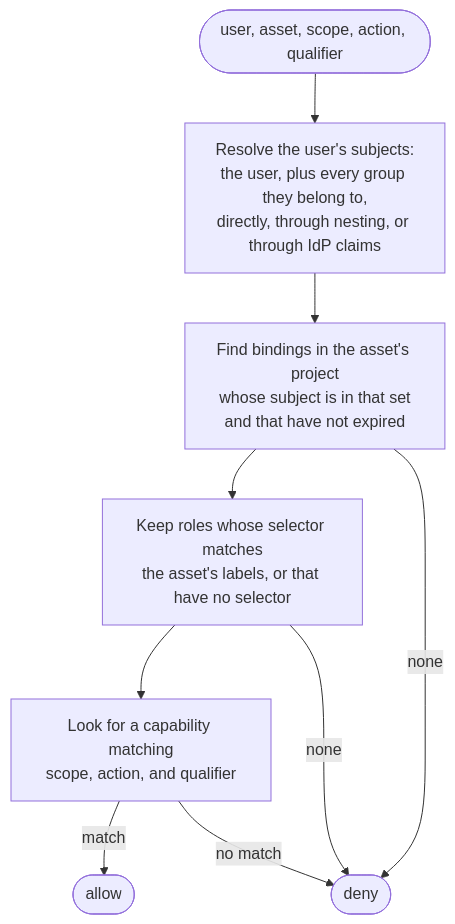
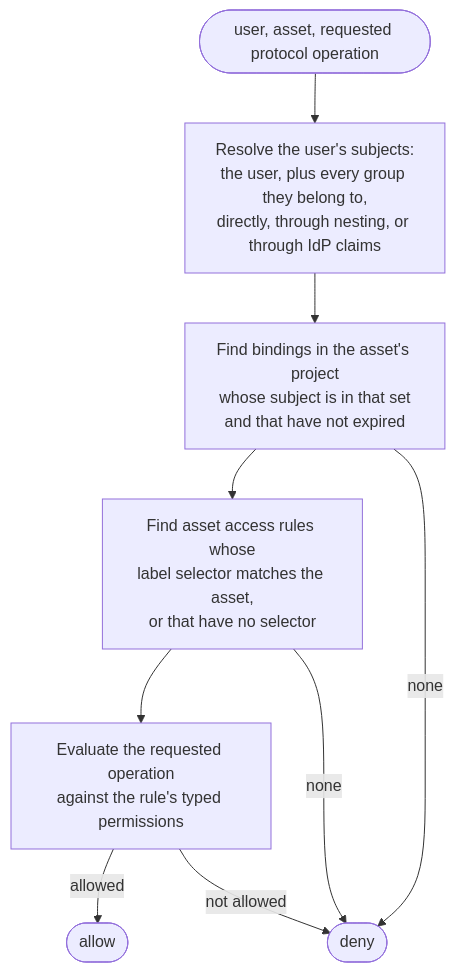
Before and after one commit to tidegate-dev/enhancements: the third of 3 diagrams in teps/0003-data-model/README.md, drawn with Mermaid. The commit also changed other lines of this file, not shown here.

Commit message:
chore: rework text so we emphasize that roles are well structured specs not the loose capability model

````diff
--- a/teps/0003-data-model/README.md
+++ b/teps/0003-data-model/README.md
@@ -298,15 +315,15 @@
 ```mermaid
 flowchart TB
-    start(["user, asset, scope, action, qualifier"])
+    start(["user, asset, requested protocol operation"])
     subjects["Resolve the user's subjects:<br>the user, plus every group they belong to,<br>directly, through nesting, or through IdP claims"]
     bindings["Find bindings in the asset's project<br>whose subject is in that set<br>and that have not expired"]
-    roles["Keep roles whose selector matches<br>the asset's labels, or that have no selector"]
-    caps["Look for a capability matching<br>scope, action, and qualifier"]
+    roles["Find asset access rules whose<br>label selector matches the asset,<br>or that have no selector"]
+    permissions["Evaluate the requested operation<br>against the rule's typed permissions"]
     allow(["allow"])
     deny(["deny"])
-    start --> subjects --> bindings --> roles --> caps
-    caps -->|"match"| allow
-    caps -->|"no match"| deny
+    start --> subjects --> bindings --> roles --> permissions
+    permissions -->|"allowed"| allow
+    permissions -->|"not allowed"| deny
     bindings -->|"none"| deny
     roles -->|"none"| deny
 ```
````
